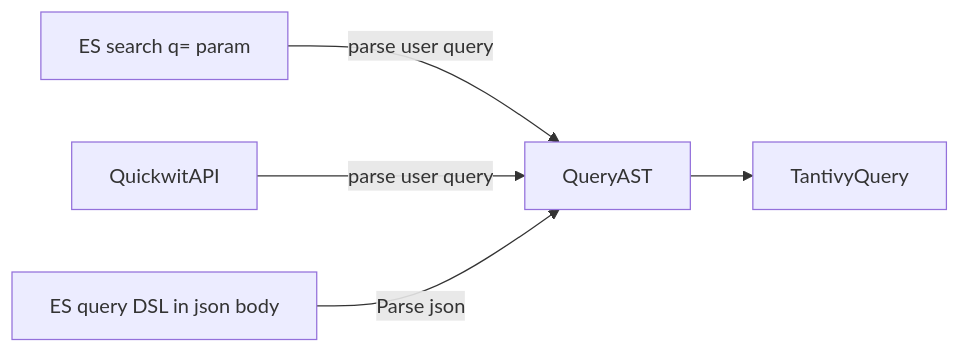
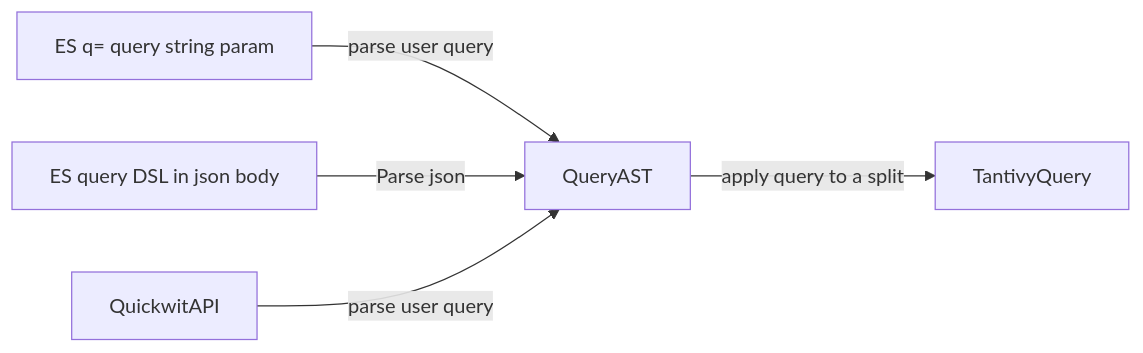
One commit to leonardoadame/quickwit changed the diagram in quickwit/quickwit-query/README.md. Above: the diagram before and after it, drawn with Mermaid. The commit also changed other lines of this file and 30 other files, not shown here.

````diff
--- a/quickwit/quickwit-query/README.md
+++ b/quickwit/quickwit-query/README.md
@@ -3,8 +3,8 @@
 ```mermaid
 flowchart LR
-    EsApiQParam[ES search q= param] -->|parse user query| QueryAST
+    EsApiQParam[ES q= query string param] -->|parse user query| QueryAST
+    EsQueryDSL[ES query DSL in json body] -->|Parse json| QueryAST
     QuickwitAPI -->|parse user query| QueryAST
-    EsQueryDSL[ES query DSL in json body] -->|Parse json| QueryAST
-    QueryAST --> TantivyQuery
+    QueryAST -->|apply query to a split| TantivyQuery
 
 ```
````
